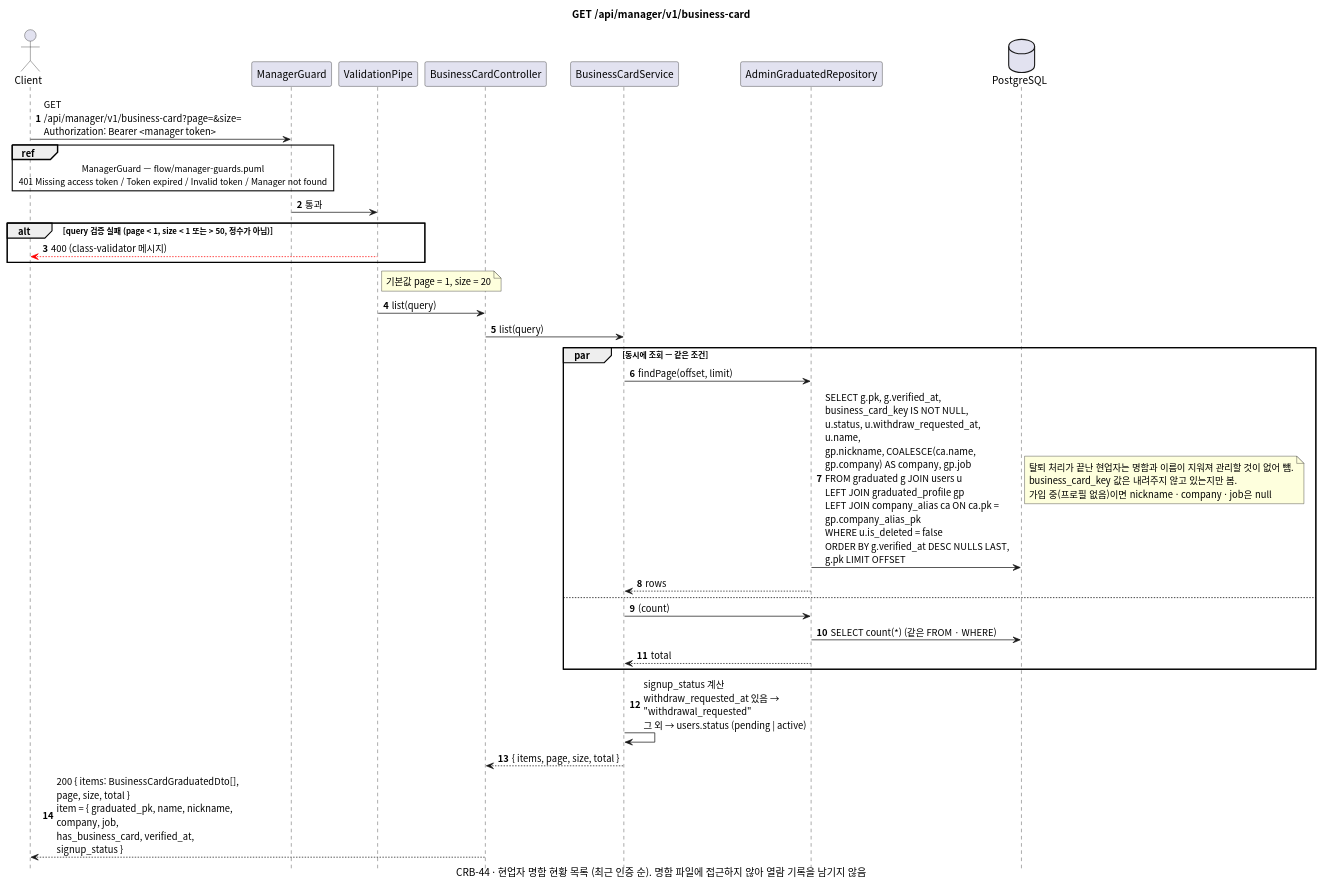
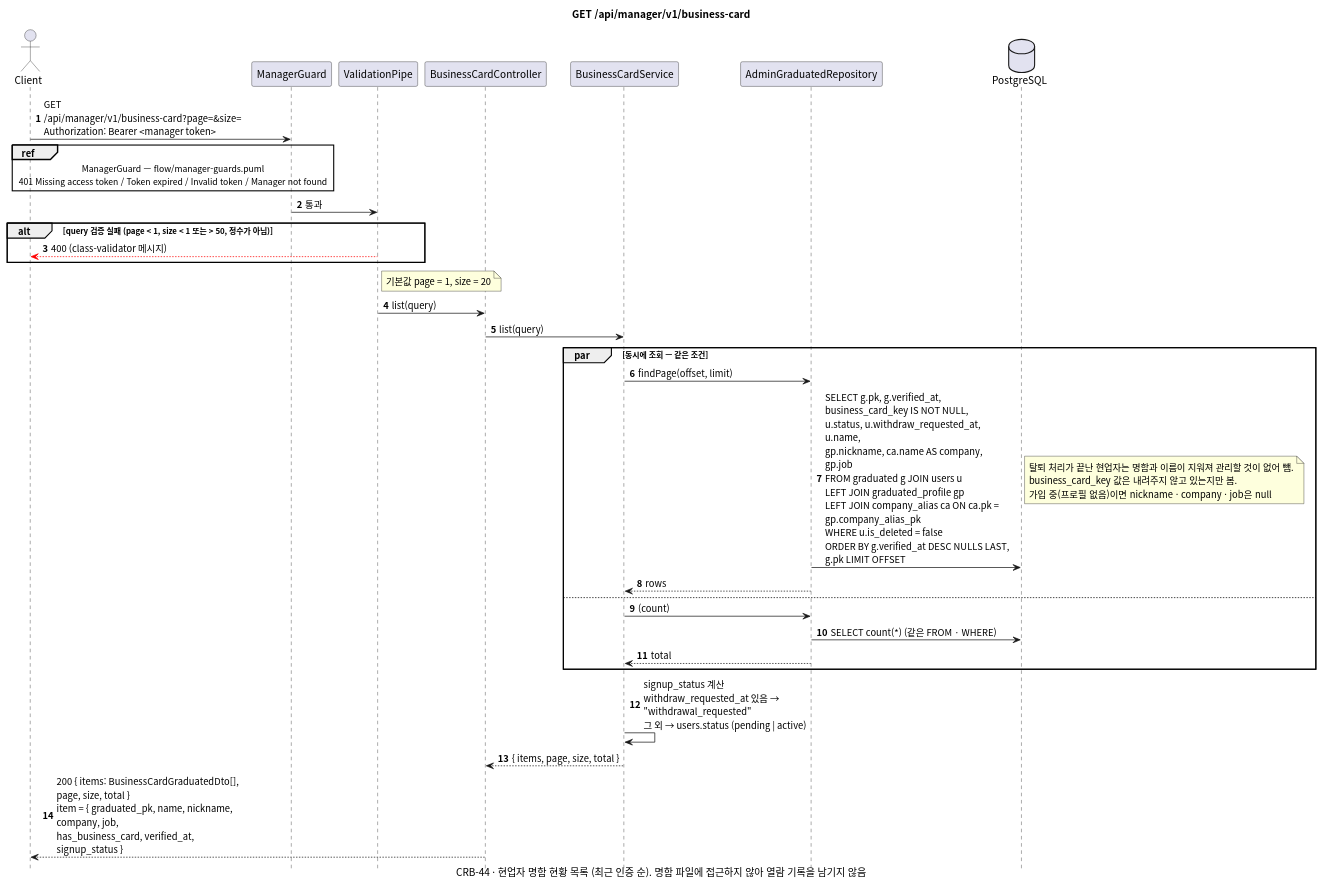
One commit to gsainfoteam/cheers-be changed the diagram in docs/sequence/manager/get-business-card.puml. Above: the diagram before and after it, drawn with PlantUML. The commit also changed 9 other files, not shown here.

Commit message:
- docs: update schema docs and sequence diagrams for company column removal (CRB-73)

```diff
--- a/docs/sequence/manager/get-business-card.puml
+++ b/docs/sequence/manager/get-business-card.puml
@@ -1,51 +1,51 @@
 @startuml get-manager-business-card
 skinparam defaultFontName "Apple SD Gothic Neo", "Noto Sans CJK KR", sans-serif
 skinparam responseMessageBelowArrow true
 skinparam sequenceMessageAlign left
 skinparam maxMessageSize 260
 skinparam BoxPadding 8
 skinparam shadowing false
 autonumber
 hide footbox
 
 title GET /api/manager/v1/business-card
 caption CRB-44 · 현업자 명함 현황 목록 (최근 인증 순). 명함 파일에 접근하지 않아 열람 기록을 남기지 않음
 
 actor Client
 participant "ManagerGuard" as Guard
 participant "ValidationPipe" as Pipe
 participant "BusinessCardController" as Controller
 participant "BusinessCardService" as Service
 participant "AdminGraduatedRepository" as AdminGraduatedRepository
 database PostgreSQL
 
 Client -> Guard: GET /api/manager/v1/business-card?page=&size=\nAuthorization: Bearer <manager token>
 ref over Client, Guard: ManagerGuard — flow/manager-guards.puml\n401 Missing access token / Token expired / Invalid token / Manager not found
 Guard -> Pipe: 통과
 alt query 검증 실패 (page < 1, size < 1 또는 > 50, 정수가 아님)
   Pipe -[#red]-> Client: 400 (class-validator 메시지)
 end
 note right of Pipe: 기본값 page = 1, size = 20
 Pipe -> Controller: list(query)
 Controller -> Service: list(query)
 
 par 동시에 조회 — 같은 조건
   Service -> AdminGraduatedRepository: findPage(offset, limit)
-  AdminGraduatedRepository -> PostgreSQL: SELECT g.pk, g.verified_at, business_card_key IS NOT NULL,\nu.status, u.withdraw_requested_at, u.name,\ngp.nickname, COALESCE(ca.name, gp.company) AS company, gp.job\nFROM graduated g JOIN users u\nLEFT JOIN graduated_profile gp\nLEFT JOIN company_alias ca ON ca.pk = gp.company_alias_pk\nWHERE u.is_deleted = false\nORDER BY g.verified_at DESC NULLS LAST, g.pk LIMIT OFFSET
+  AdminGraduatedRepository -> PostgreSQL: SELECT g.pk, g.verified_at, business_card_key IS NOT NULL,\nu.status, u.withdraw_requested_at, u.name,\ngp.nickname, ca.name AS company, gp.job\nFROM graduated g JOIN users u\nLEFT JOIN graduated_profile gp\nLEFT JOIN company_alias ca ON ca.pk = gp.company_alias_pk\nWHERE u.is_deleted = false\nORDER BY g.verified_at DESC NULLS LAST, g.pk LIMIT OFFSET
   note right
     탈퇴 처리가 끝난 현업자는 명함과 이름이 지워져 관리할 것이 없어 뺌.
     business_card_key 값은 내려주지 않고 있는지만 봄.
     가입 중(프로필 없음)이면 nickname · company · job은 null
   end note
   AdminGraduatedRepository --> Service: rows
 else
   Service -> AdminGraduatedRepository: (count)
   AdminGraduatedRepository -> PostgreSQL: SELECT count(*) (같은 FROM · WHERE)
   AdminGraduatedRepository --> Service: total
 end
 
 Service -> Service: signup_status 계산\nwithdraw_requested_at 있음 → "withdrawal_requested"\n그 외 → users.status (pending | active)
 Service --> Controller: { items, page, size, total }
 Controller --> Client: 200 { items: BusinessCardGraduatedDto[], page, size, total }\nitem = { graduated_pk, name, nickname, company, job,\nhas_business_card, verified_at, signup_status }
 
 @enduml
```
